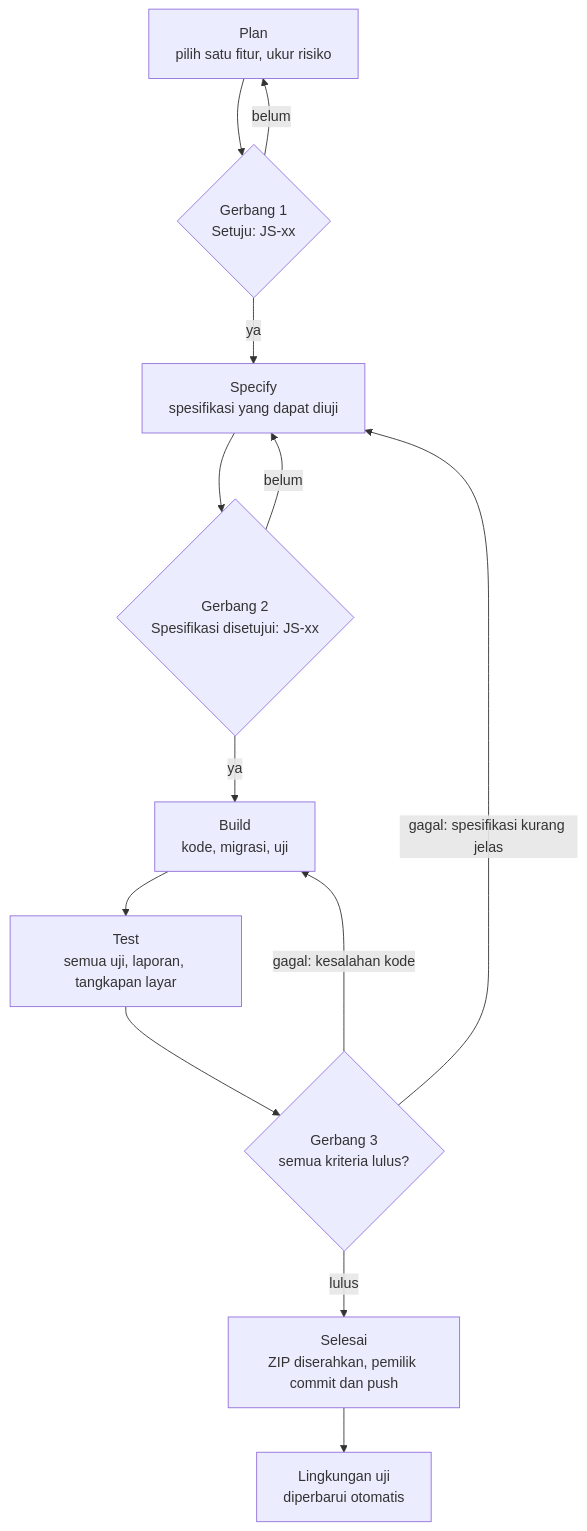
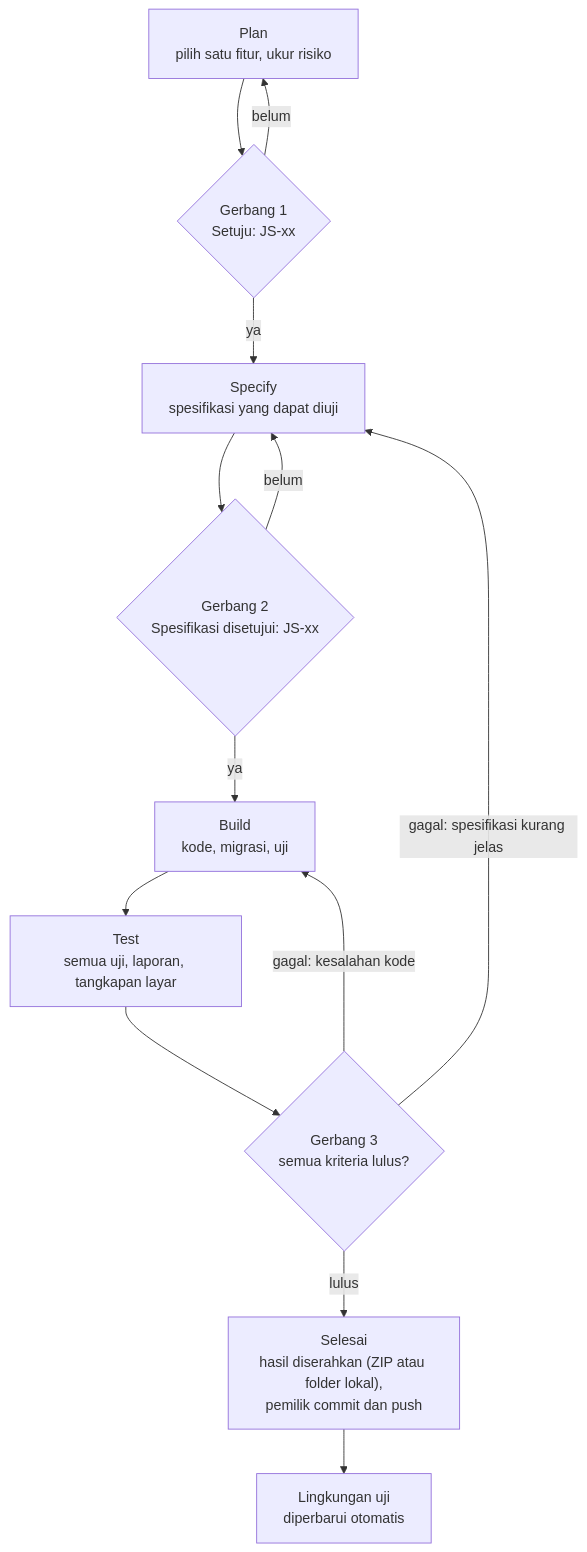
The diagram in docs/jejak-setara/AGENTS.md (Y4N-D/ruang-setara), drawn with Mermaid before and after one commit. The commit also changed other lines of this file and 8 other files, not shown here.

First line of the commit message:
JS-08: selesai; uji yang kadang gagal diperbaiki; mode folder lokal

````diff
--- a/docs/jejak-setara/AGENTS.md
+++ b/docs/jejak-setara/AGENTS.md
@@ -70,15 +71,15 @@
 ```mermaid
 flowchart TD
   P["Plan<br>pilih satu fitur, ukur risiko"] --> G1{"Gerbang 1<br>Setuju: JS-xx"}
   G1 -- belum --> P
   G1 -- ya --> S["Specify<br>spesifikasi yang dapat diuji"]
   S --> G2{"Gerbang 2<br>Spesifikasi disetujui: JS-xx"}
   G2 -- belum --> S
   G2 -- ya --> B["Build<br>kode, migrasi, uji"]
   B --> T["Test<br>semua uji, laporan, tangkapan layar"]
   T --> G3{"Gerbang 3<br>semua kriteria lulus?"}
   G3 -- "gagal: kesalahan kode" --> B
   G3 -- "gagal: spesifikasi kurang jelas" --> S
-  G3 -- lulus --> D["Selesai<br>ZIP diserahkan, pemilik commit dan push"]
+  G3 -- lulus --> D["Selesai<br>hasil diserahkan (ZIP atau folder lokal),<br>pemilik commit dan push"]
   D --> U["Lingkungan uji<br>diperbarui otomatis"]
 ```
````
